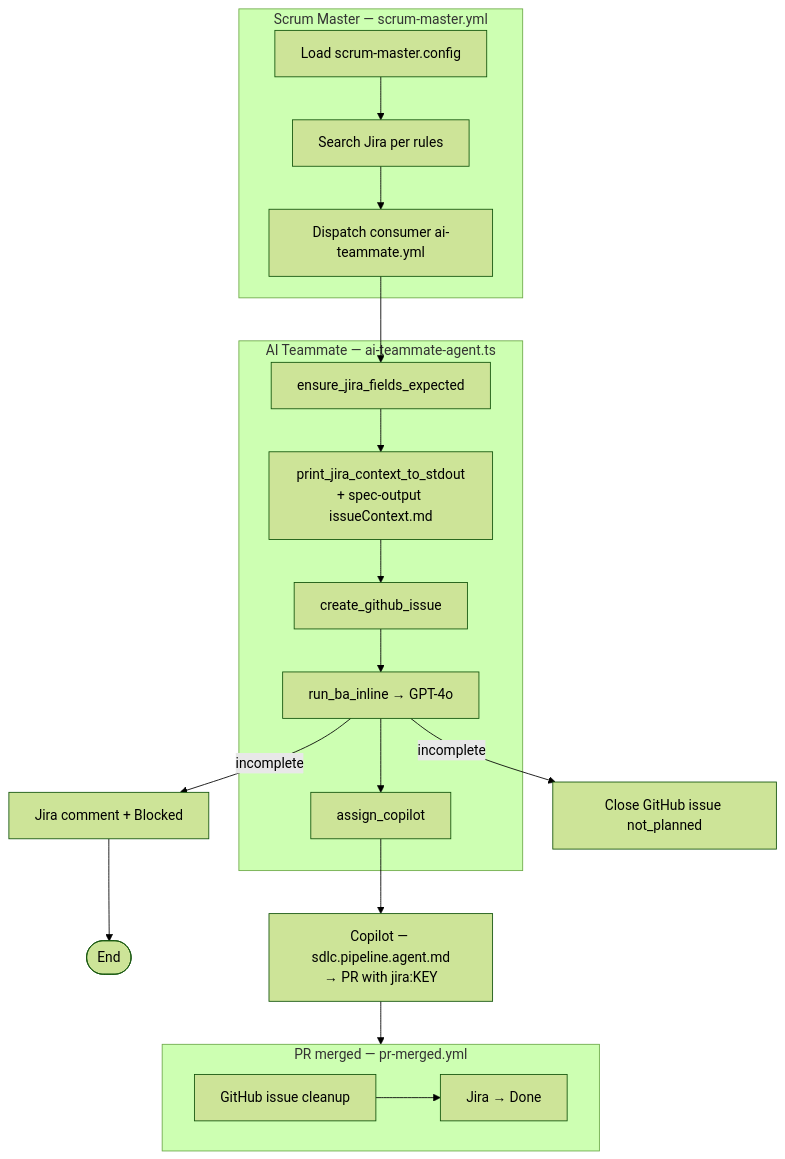
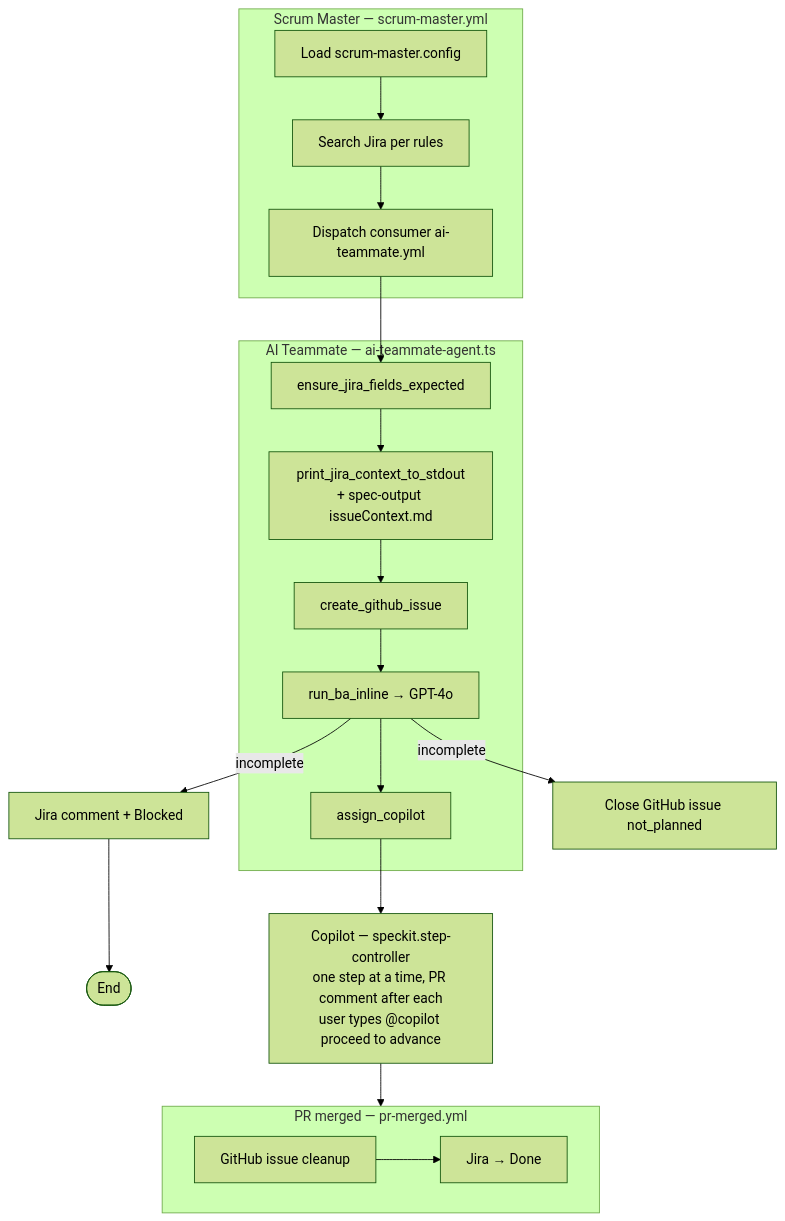
The third of 3 diagrams in README.md (DmitryLukyanov/SDLCAgents), drawn with Mermaid (forest theme) before and after one commit. The commit also changed other lines of this file and 1 other file, not shown here.

First line of the commit message:
Update onboarding and README for step-by-step speckit flow

````diff
--- a/README.md
+++ b/README.md
@@ -136,34 +138,34 @@
 ```mermaid
 flowchart TD
     subgraph SM [Scrum Master — scrum-master.yml]
         SM1[Load scrum-master.config]
         SM2[Search Jira per rules]
         SM3[Dispatch consumer ai-teammate.yml]
         SM1 --> SM2 --> SM3
     end
 
     subgraph AT [AI Teammate — ai-teammate-agent.ts]
         A1[ensure_jira_fields_expected]
         A2[print_jira_context_to_stdout\n+ spec-output issueContext.md]
         A3[create_github_issue]
         A4[run_ba_inline → GPT-4o]
         A5[assign_copilot]
         A1 --> A2 --> A3 --> A4 --> A5
     end
 
     SM3 --> A1
 
     A4 -->|incomplete| X1[Jira comment + Blocked]
     A4 -->|incomplete| X2[Close GitHub issue not_planned]
     X1 --> END_BAD([End])
 
-    A5 --> COP[Copilot — sdlc.pipeline.agent.md\n→ PR with jira:KEY]
+    A5 --> COP[Copilot — speckit.step-controller\none step at a time, PR comment after each\nuser types @copilot proceed to advance]
 
     subgraph PM [PR merged — pr-merged.yml]
         P1[GitHub issue cleanup]
         P2[Jira → Done]
         P1 --> P2
     end
 
     COP --> PM
 ```
````
